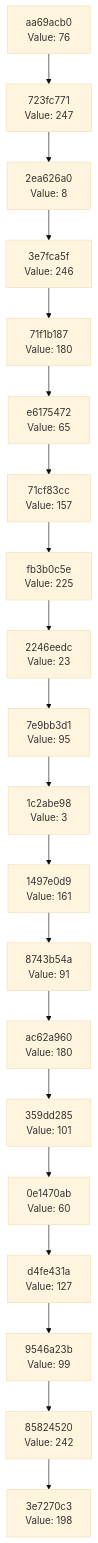
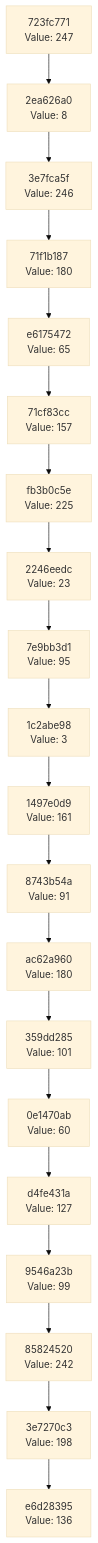
The diagram in docs/CHAIN_VISUALIZATION.md (Abhisheksinha1506/hash-chain-evolver), drawn with Mermaid (base theme) before and after one commit. The commit also changed 2 other files, not shown here.

Commit message:
Evolution Step

````diff
--- a/docs/CHAIN_VISUALIZATION.md
+++ b/docs/CHAIN_VISUALIZATION.md
@@ -3,42 +3,42 @@
 ```mermaid
 graph TD
-    C0["3e7270c3<br/>Value: 198"]
-    C1["85824520<br/>Value: 242"]
+    C0["e6d28395<br/>Value: 136"]
+    C1["3e7270c3<br/>Value: 198"]
     C1 --> C0
-    C2["9546a23b<br/>Value: 99"]
+    C2["85824520<br/>Value: 242"]
     C2 --> C1
-    C3["d4fe431a<br/>Value: 127"]
+    C3["9546a23b<br/>Value: 99"]
     C3 --> C2
-    C4["0e1470ab<br/>Value: 60"]
+    C4["d4fe431a<br/>Value: 127"]
     C4 --> C3
-    C5["359dd285<br/>Value: 101"]
+    C5["0e1470ab<br/>Value: 60"]
     C5 --> C4
-    C6["ac62a960<br/>Value: 180"]
+    C6["359dd285<br/>Value: 101"]
     C6 --> C5
-    C7["8743b54a<br/>Value: 91"]
+    C7["ac62a960<br/>Value: 180"]
     C7 --> C6
-    C8["1497e0d9<br/>Value: 161"]
+    C8["8743b54a<br/>Value: 91"]
     C8 --> C7
-    C9["1c2abe98<br/>Value: 3"]
+    C9["1497e0d9<br/>Value: 161"]
     C9 --> C8
-    C10["7e9bb3d1<br/>Value: 95"]
+    C10["1c2abe98<br/>Value: 3"]
     C10 --> C9
-    C11["2246eedc<br/>Value: 23"]
+    C11["7e9bb3d1<br/>Value: 95"]
     C11 --> C10
-    C12["fb3b0c5e<br/>Value: 225"]
+    C12["2246eedc<br/>Value: 23"]
     C12 --> C11
-    C13["71cf83cc<br/>Value: 157"]
+    C13["fb3b0c5e<br/>Value: 225"]
     C13 --> C12
-    C14["e6175472<br/>Value: 65"]
+    C14["71cf83cc<br/>Value: 157"]
     C14 --> C13
-    C15["71f1b187<br/>Value: 180"]
+    C15["e6175472<br/>Value: 65"]
     C15 --> C14
-    C16["3e7fca5f<br/>Value: 246"]
+    C16["71f1b187<br/>Value: 180"]
     C16 --> C15
-    C17["2ea626a0<br/>Value: 8"]
+    C17["3e7fca5f<br/>Value: 246"]
     C17 --> C16
-    C18["723fc771<br/>Value: 247"]
+    C18["2ea626a0<br/>Value: 8"]
     C18 --> C17
-    C19["aa69acb0<br/>Value: 76"]
+    C19["723fc771<br/>Value: 247"]
     C19 --> C18
 ```
````
